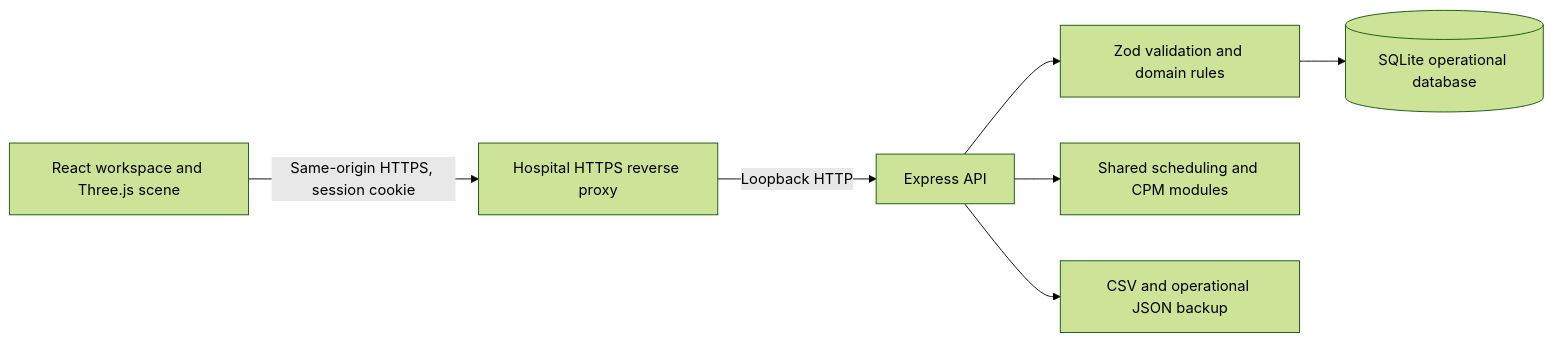
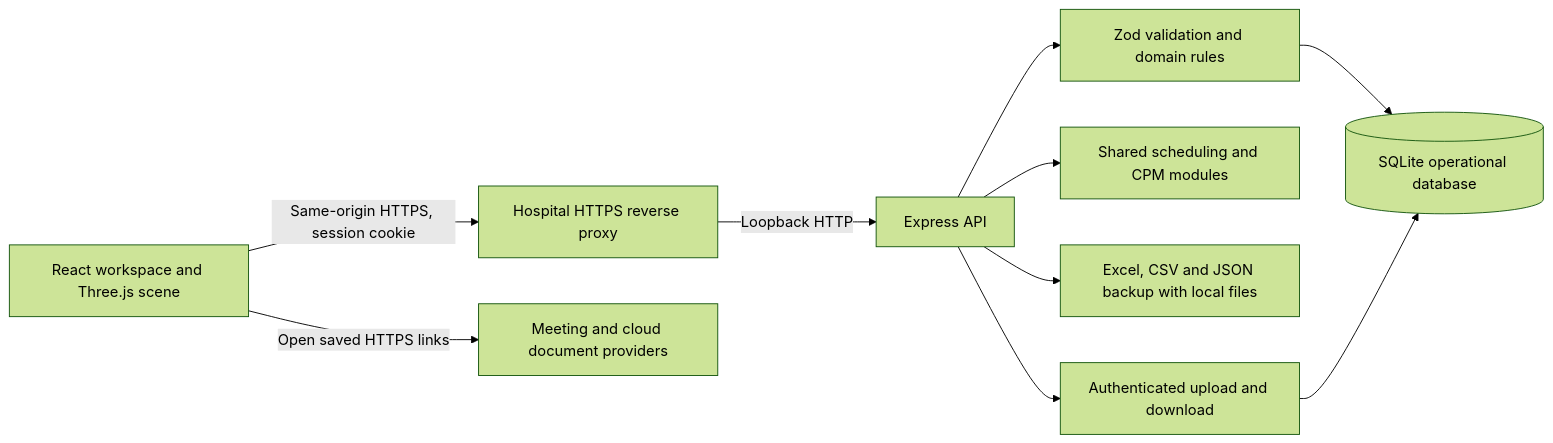
One commit to wwwwanhonghuang/Hospital-Volunteer-Activity-Management changed the diagram in docs/ARCHITECTURE.md. Above: the diagram before and after it, drawn with Mermaid (forest theme). The commit also changed other lines of this file and 73 other files, not shown here.

````diff
--- a/docs/ARCHITECTURE.md
+++ b/docs/ARCHITECTURE.md
@@ -9,9 +9,12 @@
 ```mermaid
 flowchart LR
   Browser[React workspace and Three.js scene] -->|Same-origin HTTPS, session cookie| Proxy[Hospital HTTPS reverse proxy]
   Proxy -->|Loopback HTTP| API[Express API]
   API --> Validation[Zod validation and domain rules]
   Validation --> DB[(SQLite operational database)]
   API --> Algorithms[Shared scheduling and CPM modules]
-  API --> Exports[CSV and operational JSON backup]
+  API --> Exports[Excel, CSV and JSON backup with local files]
+  API --> Files[Authenticated upload and download]
+  Files --> DB
+  Browser -->|Open saved HTTPS links| Services[Meeting and cloud document providers]
 ```
````
